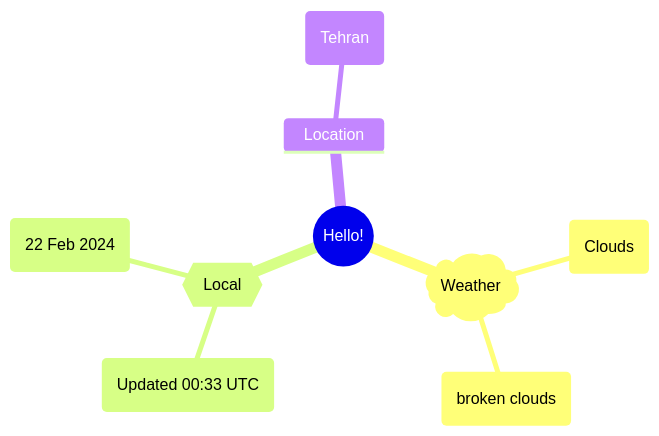
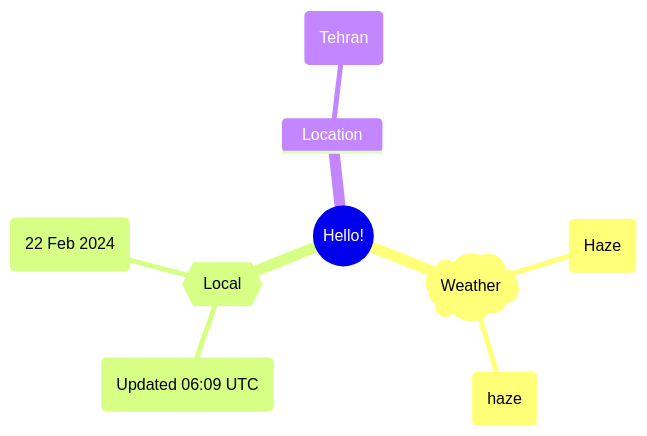
The first of 2 diagrams in README.md (Xosrov/Xosrov), drawn with Mermaid before and after one commit.

Commit message:
[bot] updated images

````diff
--- a/README.md
+++ b/README.md
@@ -3,12 +3,12 @@
 ```mermaid
 mindmap
   root((Hello!))
     )Weather(
-        (Clouds)
-        (broken clouds)
+        (Haze)
+        (haze)
     {{Local}}
-        (Updated 00:33 UTC)
+        (Updated 06:09 UTC)
         (22 Feb 2024)
     Location
         (Tehran)
 ```
````
